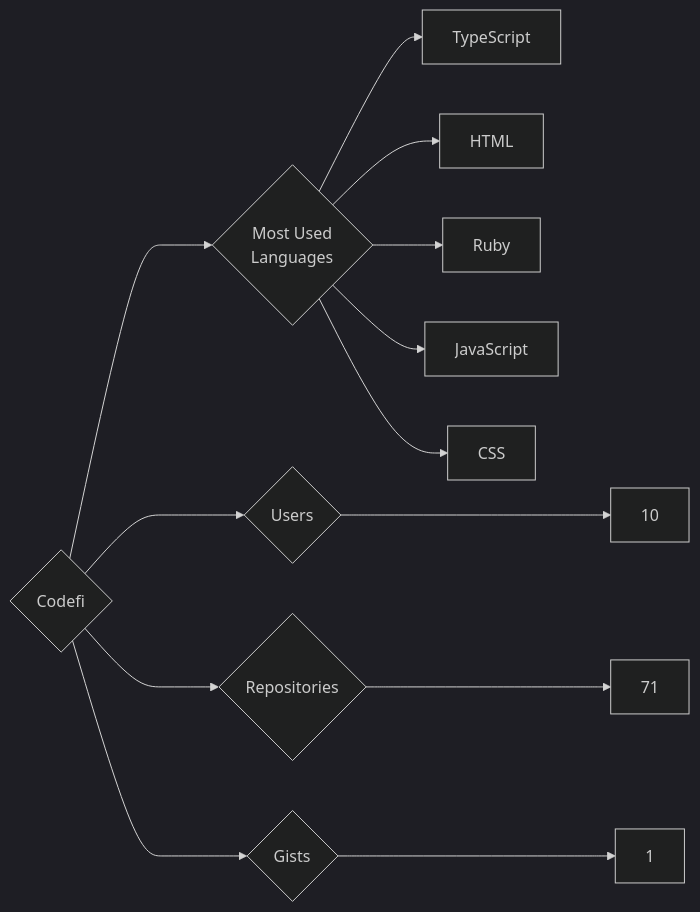
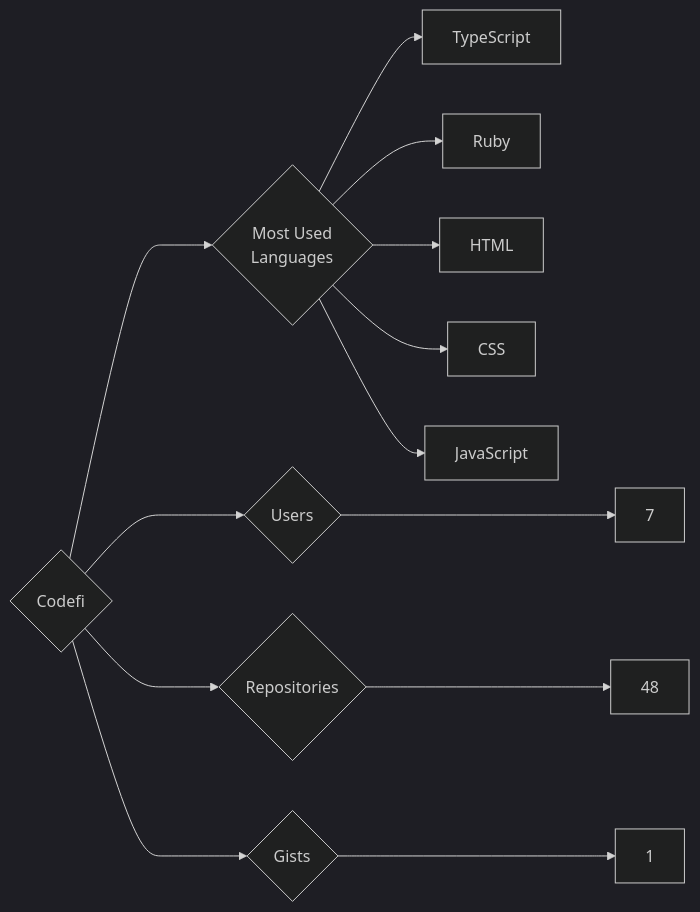
One commit to trickest/insiders changed the diagram in targets/Codefi/README.md. Above: the diagram before and after it, drawn with Mermaid (dark theme). The commit also changed 1084 other files, not shown here.

````diff
--- a/targets/Codefi/README.md
+++ b/targets/Codefi/README.md
@@ -3,13 +3,13 @@
 ```mermaid
 graph LR
 COMPANY_NAME{Codefi}
-COMPANY_NAME ---> U{Users} ---> UN[10]
-COMPANY_NAME ---> R{Repositories} ---> RN[71]
+COMPANY_NAME ---> U{Users} ---> UN[7]
+COMPANY_NAME ---> R{Repositories} ---> RN[48]
 COMPANY_NAME ---> G{Gists} ---> GN[1]
 COMPANY_NAME ---> ML{Most Used<br>Languages}
 ML --> TypeScript[TypeScript]
+ML --> Ruby[Ruby]
 ML --> HTML[HTML]
-ML --> Ruby[Ruby]
+ML --> CSS[CSS]
 ML --> JavaScript[JavaScript]
-ML --> CSS[CSS]
 ```
````
